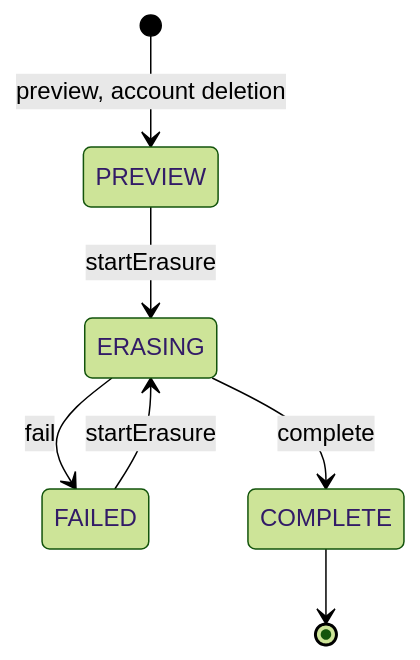
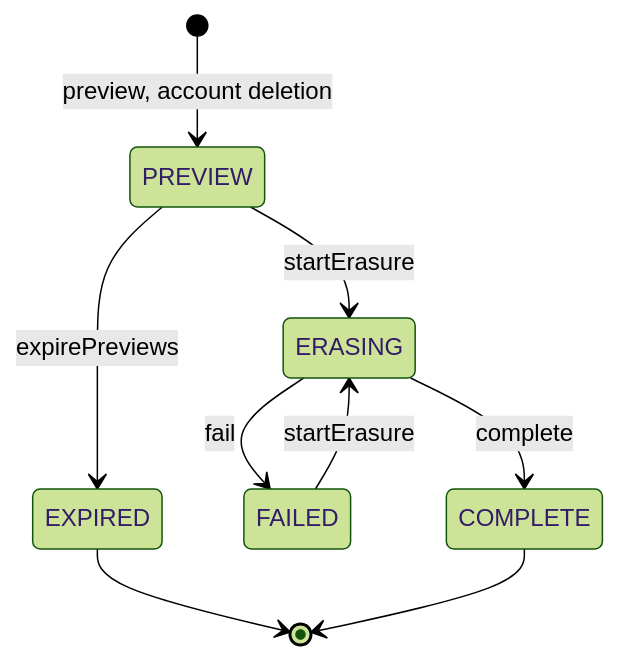
One commit to hephaestus-build/Hephaestus changed the second of 2 diagrams in docs/contributor/lifecycles.md. Above: the diagram before and after it, drawn with Mermaid (forest theme). The commit also changed other lines of this file and 6 other files, not shown here.

Commit message:
fix(server): an expired preview keeps its EXPIRED state

````diff
--- a/docs/contributor/lifecycles.md
+++ b/docs/contributor/lifecycles.md
@@ -154,11 +154,13 @@
 ```mermaid
 stateDiagram-v2
     accTitle: Lifecycle of a person data request
-    accDescr: A preview starts in PREVIEW. An admitted erasure moves to ERASING. A failed erasure moves to FAILED, and an administrator resumes it to ERASING. A finished erasure moves to COMPLETE, which has no exit.
+    accDescr: A preview starts in PREVIEW. An unconfirmed preview moves to EXPIRED, which has no exit. An admitted erasure moves to ERASING. A failed erasure moves to FAILED, and an administrator resumes it to ERASING. A finished erasure moves to COMPLETE, which has no exit.
     [*] --> PREVIEW: preview, account deletion
     PREVIEW --> ERASING: startErasure
+    PREVIEW --> EXPIRED: expirePreviews
+    EXPIRED --> [*]
     ERASING --> FAILED: fail
     FAILED --> ERASING: startErasure
     ERASING --> COMPLETE: complete
     COMPLETE --> [*]
 ```
````
